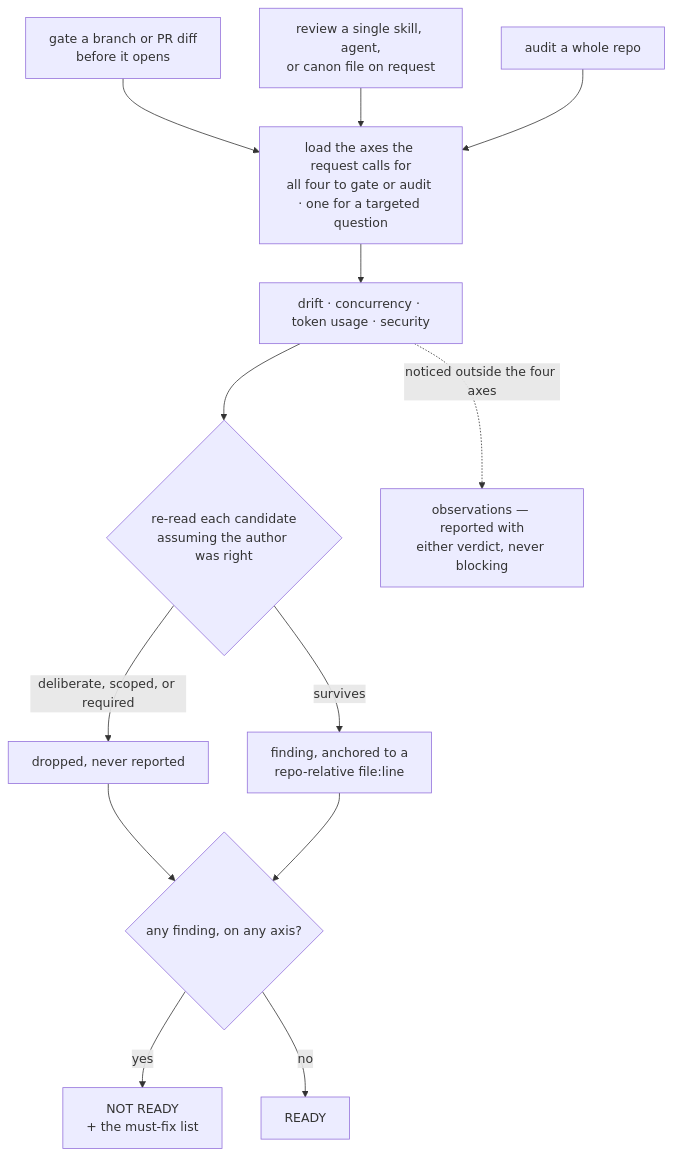
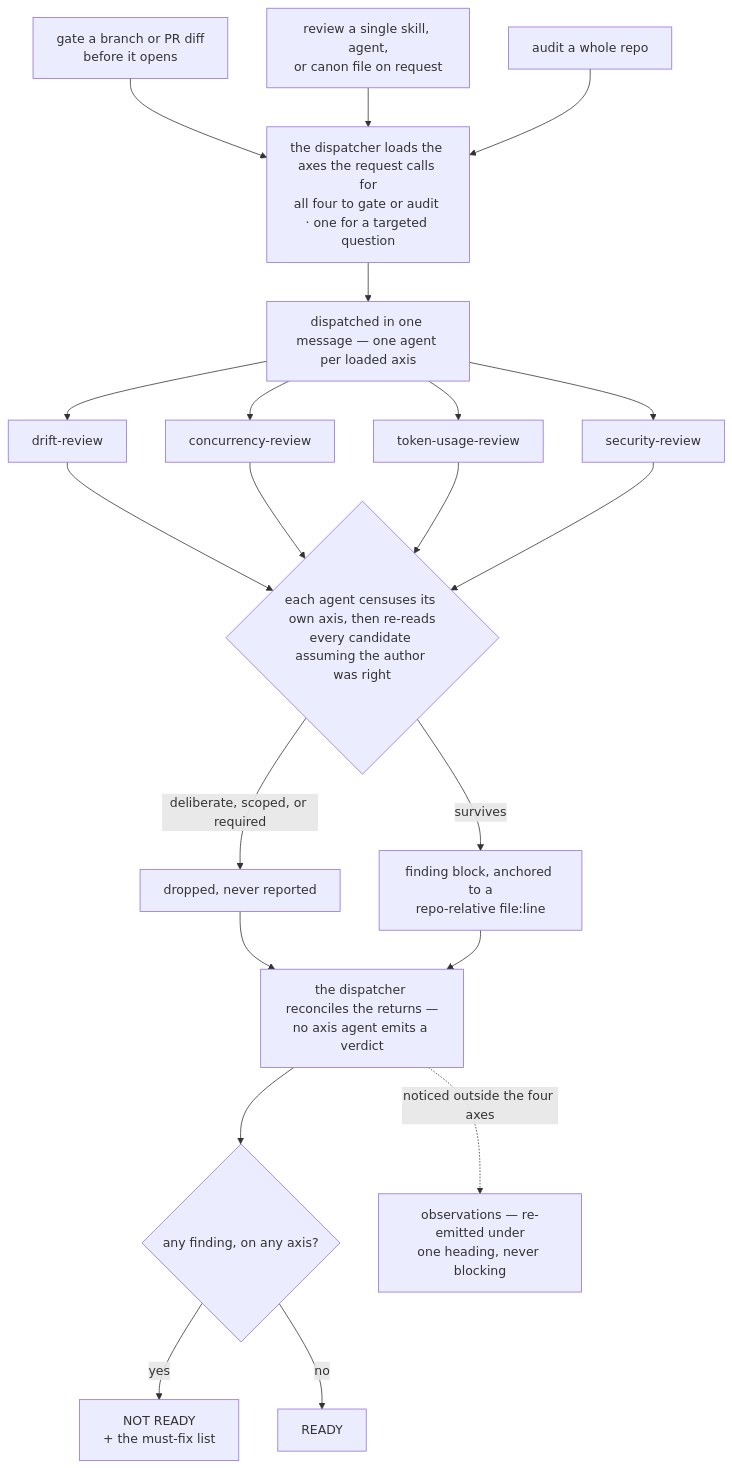
One commit to jhoblitt/skill-review-claude changed the diagram in README.md. Above: the diagram before and after it, drawn with Mermaid. The commit also changed 1 other file, not shown here.

Commit message:
docs: redraw the review-pass diagram for the per-axis agents
Running each axis in its own subagent changed the shape of the pass the
README diagram draws, and the diagram was left behind. It still showed
one reviewer walking four axes in a single node, then reaching a verdict
by itself — no fan-out, no dispatcher, no returns to reconcile. That is
the DRIFTED rendering the register warns about, in the one file whose
job is to show a reader what the tool does before they install it.

Redraw it: the dispatcher loads the axes the request calls for and sends
one agent per axis in one message; each agent censuses its own axis and
verifies its own candidates; the dispatcher reconciles the returns into
the single verdict no axis agent may emit, and re-emits the observations
under one heading.

The register row grows by the dispatch it now carries. It does not name
the briefs — that only drift's carries the diff, fenced as data, is the
detail a reader of `references/security.md` needs and a reader deciding
whether to install does not.

````diff
--- a/README.md
+++ b/README.md
@@ -77,24 +77,33 @@
 ```mermaid
 flowchart TD
     gate["gate a branch or PR diff<br/>before it opens"] --> load
     ask["review a single skill, agent,<br/>or canon file on request"] --> load
     audit["audit a whole repo"] --> load
 
-    load["load the axes the request calls for<br/>all four to gate or audit · one for a targeted question"]
-    load --> axes
+    load["the dispatcher loads the axes the request calls for<br/>all four to gate or audit · one for a targeted question"]
+    load --> fan
 
-    axes["drift · concurrency · token usage · security"]
-    axes --> verify
+    fan["dispatched in one message — one agent per loaded axis"]
+    fan --> drift["drift-review"]
+    fan --> conc["concurrency-review"]
+    fan --> tok["token-usage-review"]
+    fan --> sec["security-review"]
 
-    verify{"re-read each candidate<br/>assuming the author was right"}
+    drift --> verify
+    conc --> verify
+    tok --> verify
+    sec --> verify
+
+    verify{"each agent censuses its own axis, then re-reads<br/>every candidate assuming the author was right"}
     verify -->|"deliberate, scoped, or required"| drop["dropped, never reported"]
-    verify -->|"survives"| finding["finding, anchored to a<br/>repo-relative file:line"]
+    verify -->|"survives"| finding["finding block, anchored to a<br/>repo-relative file:line"]
 
-    drop --> verdict
-    finding --> verdict
-    verdict{"any finding, on any axis?"}
+    drop --> reconcile
+    finding --> reconcile
+    reconcile["the dispatcher reconciles the returns —<br/>no axis agent emits a verdict"]
+    reconcile --> verdict{"any finding, on any axis?"}
     verdict -->|"yes"| notready["NOT READY<br/>+ the must-fix list"]
     verdict -->|"no"| ready["READY"]
 
-    axes -.->|"noticed outside the four axes"| obs["observations — reported with<br/>either verdict, never blocking"]
+    reconcile -.->|"noticed outside the four axes"| obs["observations — re-emitted under<br/>one heading, never blocking"]
 ```
````
